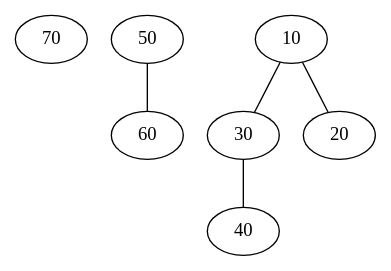
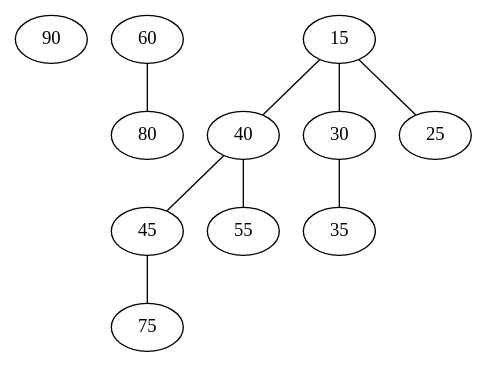
The diagram in L6/Q2/output.dot (anon766/DSL), drawn with Graphviz before and after one commit. The commit also changed 42 other files, not shown here.

```diff
--- a/L6/Q2/output.dot
+++ b/L6/Q2/output.dot
@@ -1,10 +1,16 @@
 graph G {
-70;
-50 -- 60;
-60;
-10 -- 30;
-10 -- 20;
-30 -- 40;
-40;
-20;
+90;
+60 -- 80;
+80;
+15 -- 40;
+15 -- 30;
+15 -- 25;
+40 -- 45;
+40 -- 55;
+45 -- 75;
+75;
+55;
+30 -- 35;
+35;
+25;
 }
```
